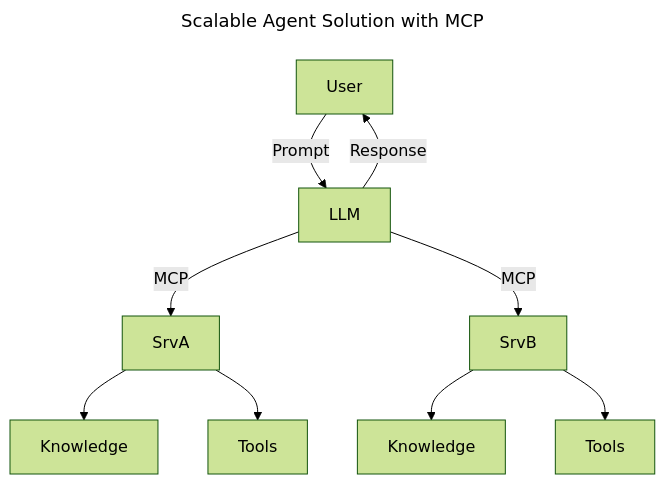
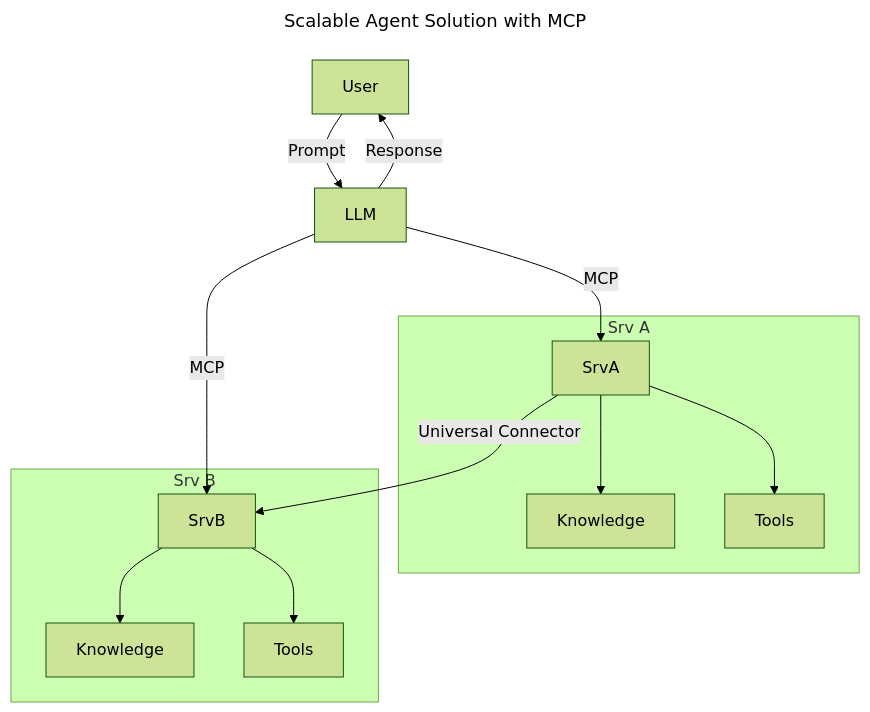
Before and after one commit to swannekim/MS2025-MCP-Azure: the fourth of 4 diagrams in README.md, drawn with Mermaid (forest theme). The commit also changed other lines of this file and 8 other files, not shown here.

````diff
--- a/README.md
+++ b/README.md
@@ -310,14 +359,19 @@
 ```mermaid
 ---
 title: Scalable Agent Solution with MCP
 ---
 graph TD
   User -->|Prompt| LLM
   LLM -->|MCP| SrvA
   LLM -->|MCP| SrvB
-  SrvA --> KnowA[Knowledge]
-  SrvA --> ToolA[Tools]
-  SrvB --> KnowB[Knowledge]
-  SrvB --> ToolB[Tools]
+  SrvA -->|Universal Connector| SrvB
+  subgraph Srv A
+    SrvA --> KnowA[Knowledge]
+    SrvA --> ToolA[Tools]
+  end
+  subgraph Srv B
+    SrvB --> KnowB[Knowledge]
+    SrvB --> ToolB[Tools]
+  end
   LLM -->|Response| User
 ```
````
